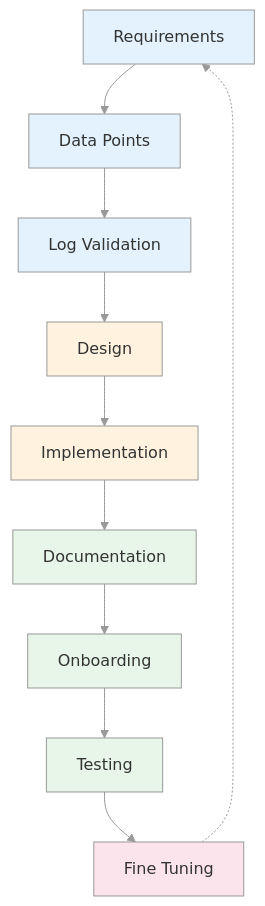
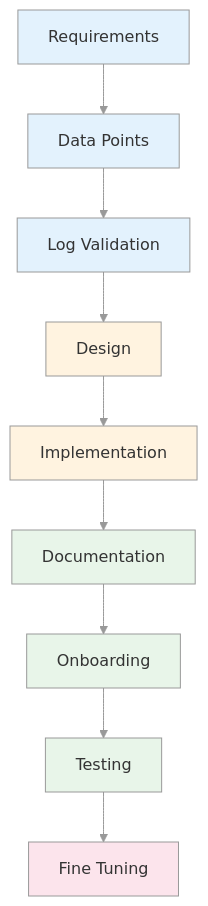
The sixth of 6 diagrams in 2-Security-Monitoring-SIEM-Fundamentals/README.md (manojxshrestha/SOC-Analyst-Cheatsheet), drawn with Mermaid before and after one commit. The commit also changed other lines of this file, not shown here.

````diff
--- a/2-Security-Monitoring-SIEM-Fundamentals/README.md
+++ b/2-Security-Monitoring-SIEM-Fundamentals/README.md
@@ -432,23 +365,22 @@
 ```mermaid
 %%{init: {'theme': 'base', 'themeVariables': { 'lineColor': '#999', 'nodeBorder': '#999'}}}%%
 flowchart TB
     A[Requirements] --> B[Data Points]
     B --> C[Log Validation]
     C --> D[Design]
     D --> E[Implementation]
     E --> F[Documentation]
     F --> G[Onboarding]
     G --> H[Testing]
     H --> I[Fine Tuning]
-    I -.-> A
     
     style A fill:#e3f2fd,stroke:#999
     style B fill:#e3f2fd,stroke:#999
     style C fill:#e3f2fd,stroke:#999
     style D fill:#fff3e0,stroke:#999
     style E fill:#fff3e0,stroke:#999
     style F fill:#e8f5e9,stroke:#999
     style G fill:#e8f5e9,stroke:#999
     style H fill:#e8f5e9,stroke:#999
     style I fill:#fce4ec,stroke:#999
 ```
````
